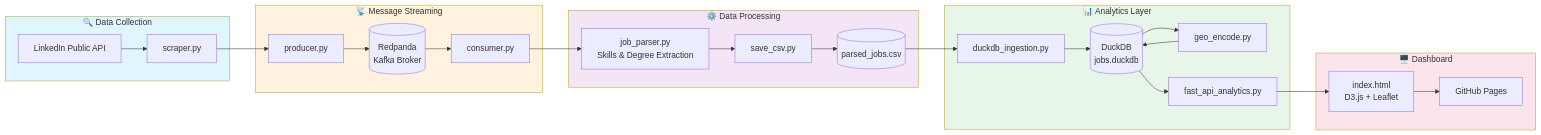
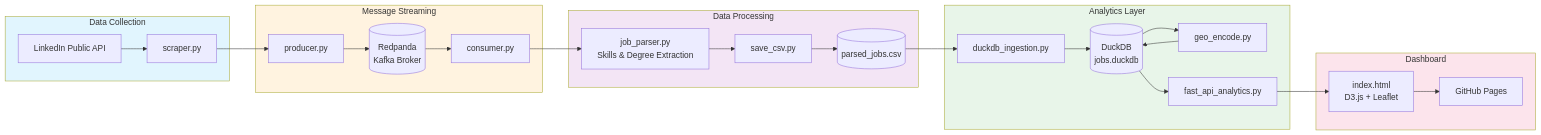
One commit to JuneWayne/Job_Market_Stream changed the diagram in README.md. Above: the diagram before and after it, drawn with Mermaid. The commit also changed other lines of this file and 2 other files, not shown here.

````diff
--- a/README.md
+++ b/README.md
@@ -77,37 +77,37 @@
 ```mermaid
 flowchart LR
-    subgraph Scraping["🔍 Data Collection"]
+    subgraph Scraping["Data Collection"]
         A[LinkedIn Public API] --> B[scraper.py]
     end
     
-    subgraph Streaming["📡 Message Streaming"]
+    subgraph Streaming["Message Streaming"]
         B --> C[producer.py]
         C --> D[(Redpanda\nKafka Broker)]
         D --> E[consumer.py]
     end
     
-    subgraph Processing["⚙️ Data Processing"]
+    subgraph Processing["Data Processing"]
         E --> F[job_parser.py\nSkills & Degree Extraction]
         F --> G[save_csv.py]
         G --> H[(parsed_jobs.csv)]
     end
     
-    subgraph Analytics["📊 Analytics Layer"]
+    subgraph Analytics["Analytics Layer"]
         H --> I[duckdb_ingestion.py]
         I --> J[(DuckDB\njobs.duckdb)]
         J --> K[geo_encode.py]
         K --> J
         J --> L[fast_api_analytics.py]
     end
     
-    subgraph Frontend["🖥️ Dashboard"]
+    subgraph Frontend["Dashboard"]
         L --> M[index.html\nD3.js + Leaflet]
         M --> N[GitHub Pages]
     end
     
     style Scraping fill:#e1f5fe
     style Streaming fill:#fff3e0
     style Processing fill:#f3e5f5
     style Analytics fill:#e8f5e9
     style Frontend fill:#fce4ec
 ```
````
